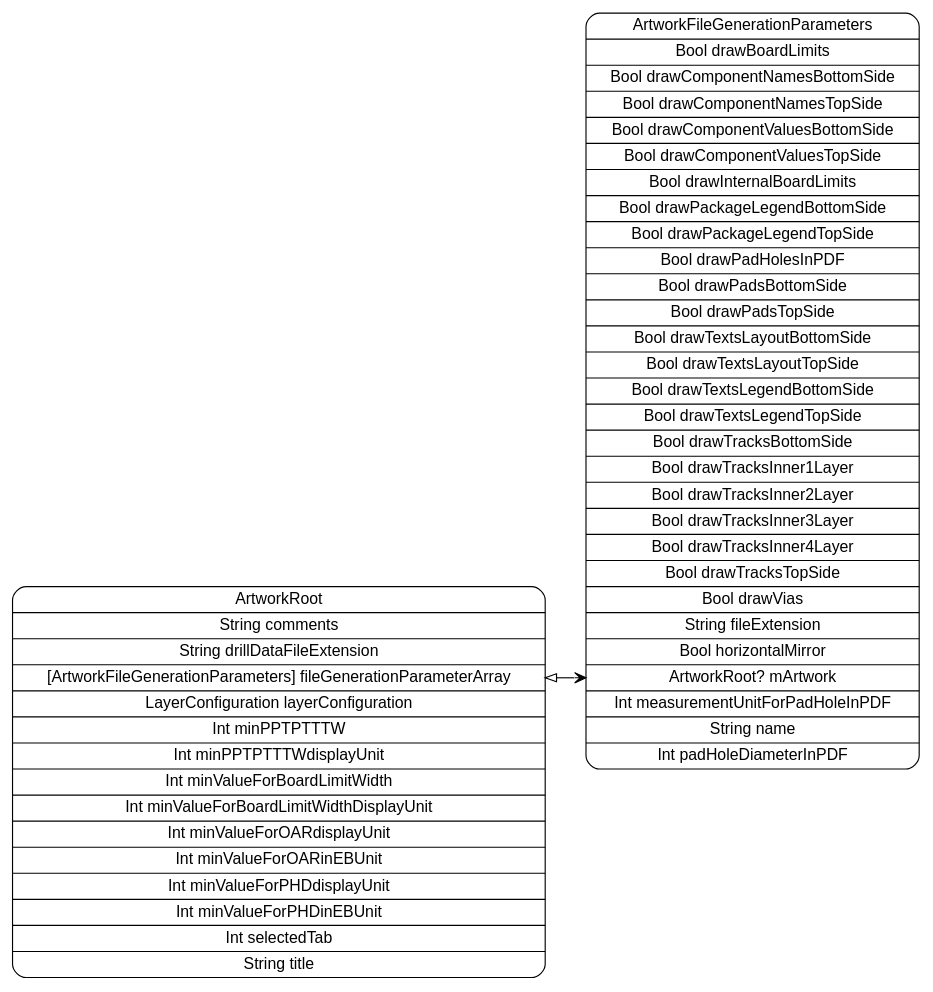
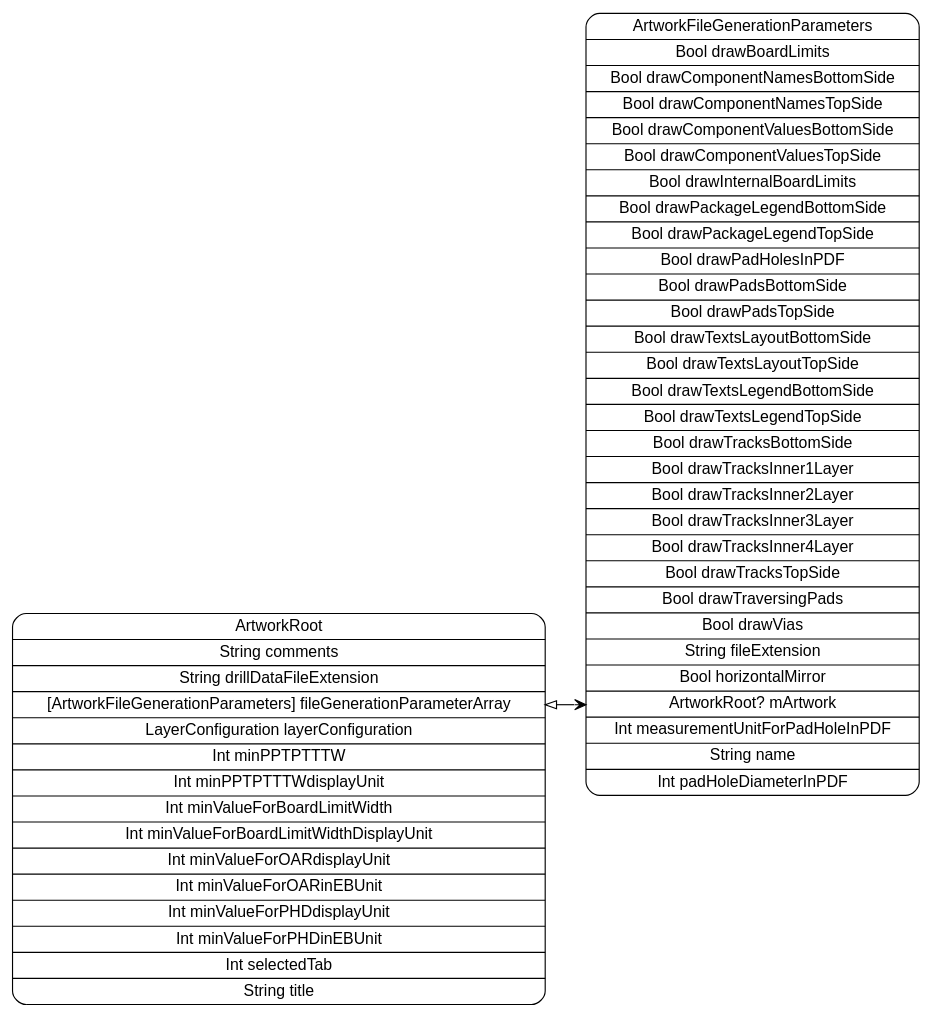
One commit to pierremolinaro/ElCanari-dev changed the diagram in models/ArtworkRoot.dot. Above: the diagram before and after it, drawn with Graphviz. The commit also changed 17 other files, not shown here.

Commit message:
Ajout draw traversing pad

```diff
--- a/models/ArtworkRoot.dot
+++ b/models/ArtworkRoot.dot
@@ -1,7 +1,7 @@
 digraph G {
   rankdir=LR ;
   node [shape=record fontname=helvetica style=rounded] ;
   ArtworkRoot[label="<ArtworkRoot>ArtworkRoot|String comments|String drillDataFileExtension|<fileGenerationParameterArray>[ArtworkFileGenerationParameters] fileGenerationParameterArray|LayerConfiguration layerConfiguration|Int minPPTPTTTW|Int minPPTPTTTWdisplayUnit|Int minValueForBoardLimitWidth|Int minValueForBoardLimitWidthDisplayUnit|Int minValueForOARdisplayUnit|Int minValueForOARinEBUnit|Int minValueForPHDdisplayUnit|Int minValueForPHDinEBUnit|Int selectedTab|String title"] ;
-  ArtworkFileGenerationParameters[label="<ArtworkFileGenerationParameters>ArtworkFileGenerationParameters|Bool drawBoardLimits|Bool drawComponentNamesBottomSide|Bool drawComponentNamesTopSide|Bool drawComponentValuesBottomSide|Bool drawComponentValuesTopSide|Bool drawInternalBoardLimits|Bool drawPackageLegendBottomSide|Bool drawPackageLegendTopSide|Bool drawPadHolesInPDF|Bool drawPadsBottomSide|Bool drawPadsTopSide|Bool drawTextsLayoutBottomSide|Bool drawTextsLayoutTopSide|Bool drawTextsLegendBottomSide|Bool drawTextsLegendTopSide|Bool drawTracksBottomSide|Bool drawTracksInner1Layer|Bool drawTracksInner2Layer|Bool drawTracksInner3Layer|Bool drawTracksInner4Layer|Bool drawTracksTopSide|Bool drawVias|String fileExtension|Bool horizontalMirror|<mArtwork>ArtworkRoot? mArtwork|Int measurementUnitForPadHoleInPDF|String name|Int padHoleDiameterInPDF"] ;
+  ArtworkFileGenerationParameters[label="<ArtworkFileGenerationParameters>ArtworkFileGenerationParameters|Bool drawBoardLimits|Bool drawComponentNamesBottomSide|Bool drawComponentNamesTopSide|Bool drawComponentValuesBottomSide|Bool drawComponentValuesTopSide|Bool drawInternalBoardLimits|Bool drawPackageLegendBottomSide|Bool drawPackageLegendTopSide|Bool drawPadHolesInPDF|Bool drawPadsBottomSide|Bool drawPadsTopSide|Bool drawTextsLayoutBottomSide|Bool drawTextsLayoutTopSide|Bool drawTextsLegendBottomSide|Bool drawTextsLegendTopSide|Bool drawTracksBottomSide|Bool drawTracksInner1Layer|Bool drawTracksInner2Layer|Bool drawTracksInner3Layer|Bool drawTracksInner4Layer|Bool drawTracksTopSide|Bool drawTraversingPads|Bool drawVias|String fileExtension|Bool horizontalMirror|<mArtwork>ArtworkRoot? mArtwork|Int measurementUnitForPadHoleInPDF|String name|Int padHoleDiameterInPDF"] ;
   ArtworkRoot:fileGenerationParameterArray -> ArtworkFileGenerationParameters:mArtwork [dir=both arrowtail=onormal arrowhead=vee] ;
 }
```
